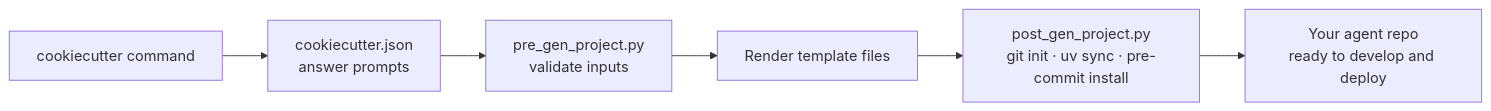
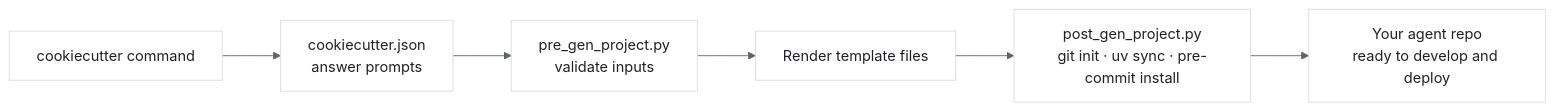
The first of 2 diagrams in README.md (danielvogler/agent-deployment-template), drawn with Mermaid before and after one commit. The commit also changed other lines of this file and 15 other files, not shown here.

First line of the commit message:
docs: make AGENTS.md the single source of truth, add banners, badges and themed diagrams (#10)

````diff
--- a/README.md
+++ b/README.md
@@ -61,8 +97,9 @@
 ```mermaid
+%%{init: {"theme":"base","themeVariables":{"primaryColor":"#FFFFFF","primaryTextColor":"#202124","primaryBorderColor":"#DADCE0","lineColor":"#5F6368","secondaryColor":"#F8F9FA","tertiaryColor":"#F8F9FA","clusterBkg":"#F8F9FA","clusterBorder":"#DADCE0","edgeLabelBackground":"#FFFFFF"},"flowchart":{"curve":"basis","nodeSpacing":40,"rankSpacing":64,"useMaxWidth":true}} }%%
 flowchart LR
-    A[cookiecutter command] --> B[cookiecutter.json\nanswer prompts]
-    B --> C[pre_gen_project.py\nvalidate inputs]
-    C --> D[Render template files]
-    D --> E[post_gen_project.py\ngit init · uv sync · pre-commit install]
-    E --> F[Your agent repo\nready to develop and deploy]
+    A["cookiecutter command"] --> B["cookiecutter.json<br/>answer prompts"]
+    B --> C["pre_gen_project.py<br/>validate inputs"]
+    C --> D["Render template files"]
+    D --> E["post_gen_project.py<br/>git init · uv sync · pre-commit install"]
+    E --> F["Your agent repo<br/>ready to develop and deploy"]
 ```
````
